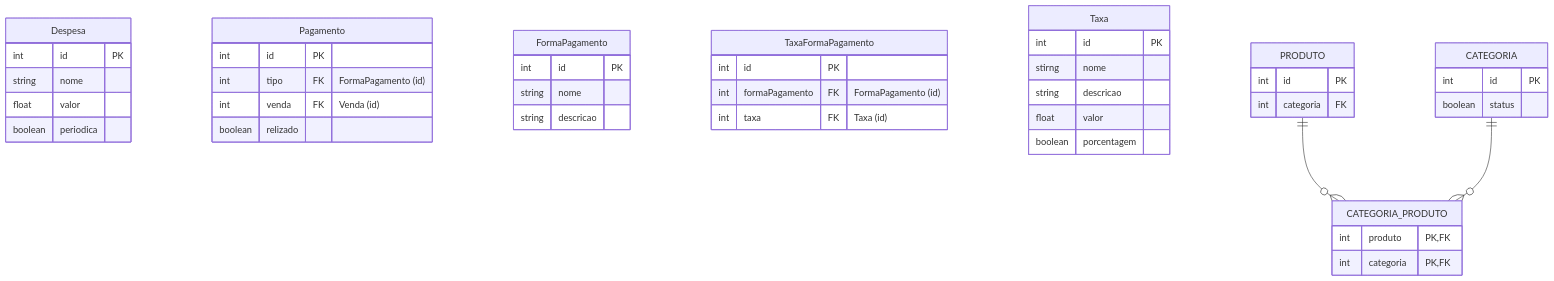
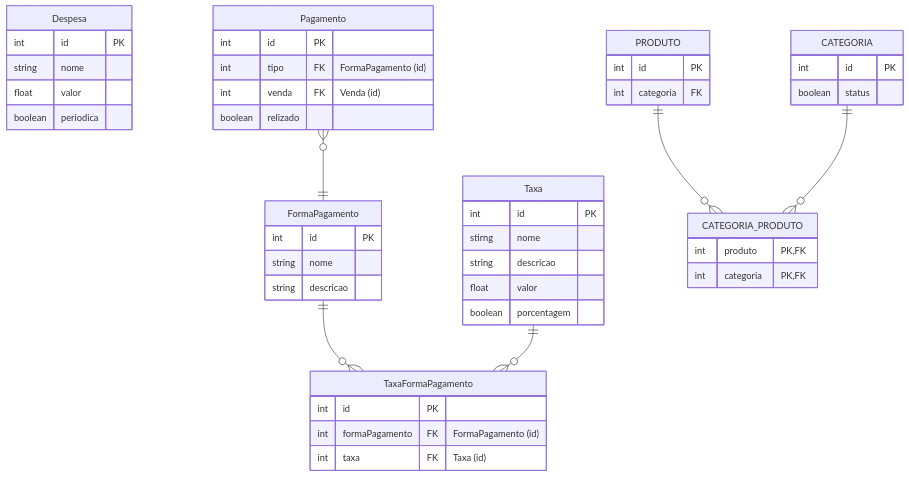
One commit to Control-Cash/controlcash changed the diagram in docs/documento-de-modelos.md. Above: the diagram before and after it, drawn with Mermaid.

Commit message:
Realiza conexão entre as tabelas  #32

````diff
--- a/docs/documento-de-modelos.md
+++ b/docs/documento-de-modelos.md
@@ -5,54 +5,64 @@
 ```mermaid
 erDiagram
+  %% tabelas
   Despesa {
     int id PK
     string nome
     float valor
     boolean periodica
   }
 
   Pagamento {
     int id PK
     int tipo FK "FormaPagamento (id)"
     int venda FK "Venda (id)"
     boolean relizado
   }
 
   FormaPagamento {
     int id PK
     string nome
     string descricao
   }
 
   TaxaFormaPagamento {
     int id PK
     int formaPagamento FK "FormaPagamento (id)"
     int taxa FK "Taxa (id)"
   }
 
   Taxa {
     int id PK
     stirng nome
     string descricao
     float valor
     boolean porcentagem
   }
 
+  %% conexões
+  Pagamento }o--|| FormaPagamento : ""
+  FormaPagamento ||--o{ TaxaFormaPagamento : ""
+  Taxa ||--o{ TaxaFormaPagamento : ""
+
+
+
+  %% daqui para baixo são só exemplos, a pessoa que vai implementar essas
+  %% tabelas pode excluir essas linhas para implementar sua própria versão
   PRODUTO {
     int id PK
     int categoria FK
   }
 
   CATEGORIA_PRODUTO {
     int produto PK, FK
     int categoria PK, FK
   }
 
   CATEGORIA {
     int id PK
     boolean status
   }
 
   PRODUTO ||--o{ CATEGORIA_PRODUTO : ""
   CATEGORIA ||--o{ CATEGORIA_PRODUTO : ""
 ```
````
